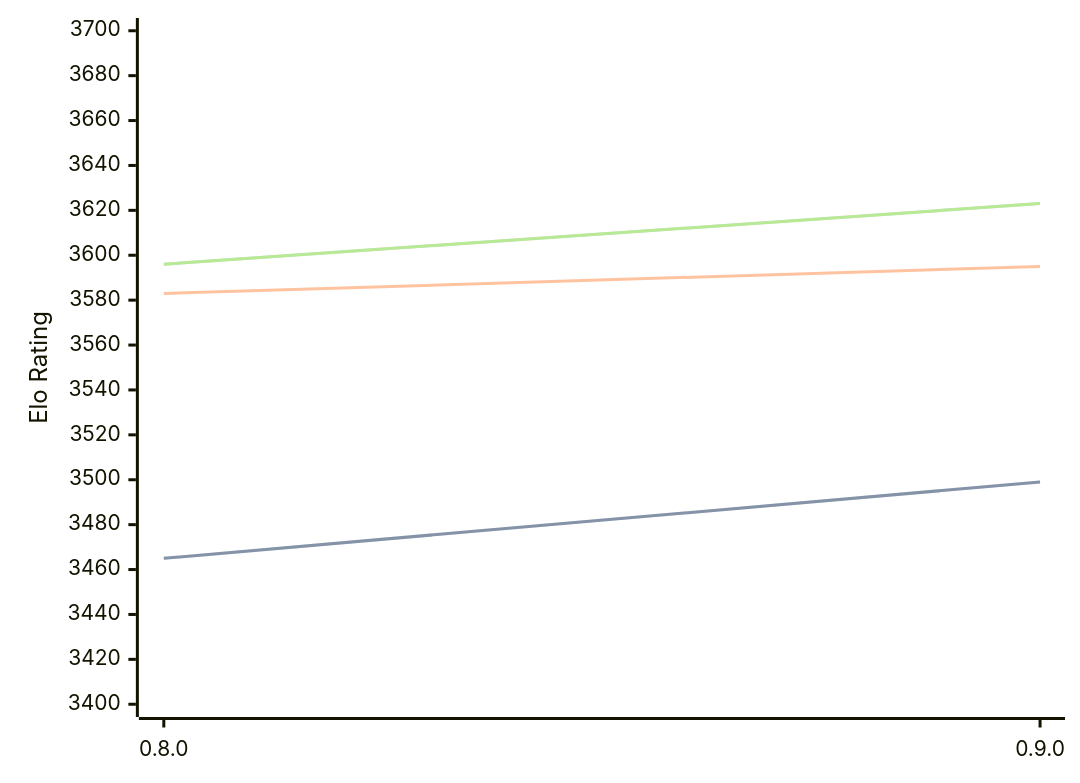
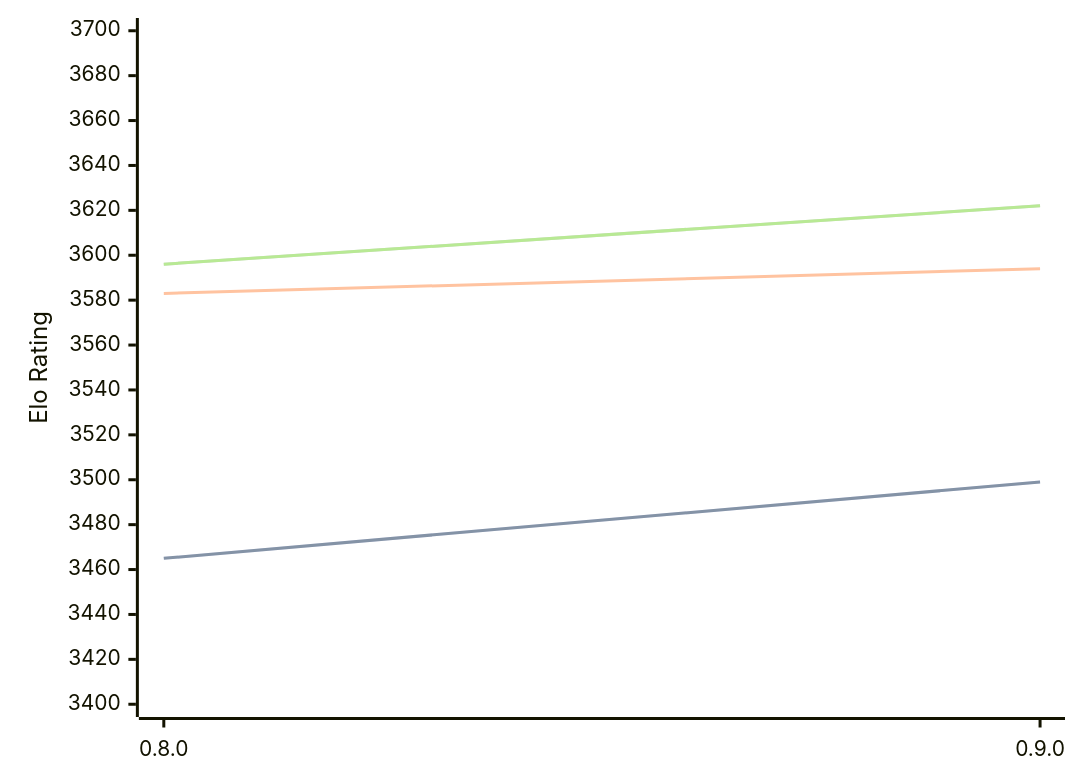
The diagram in engines/Reckless.md (computer-chess-index/cci), drawn with Mermaid before and after one commit. The commit also changed other lines of this file, not shown here.

Commit message:
Update CCI Ratings (ELO VLTC) - 2026-04-06

````diff
--- a/engines/Reckless.md
+++ b/engines/Reckless.md
@@ -39,11 +39,11 @@
 ```mermaid
 %%{init: {"theme":"base","themeVariables":{"seriesColors:['#a3a3a3','#222221','#faa371']}}}%%
 xychart-beta
   x-axis ["0.8.0", "0.9.0"]
   y-axis "Elo Rating" 3400 --> 3700
   line "STC (8.0+0.08s)" [3465, 3499]
   line "STC (8.0+0.08s)" [3465, 3499]
-  line "LTC (60.0+0.60s)" [3583, 3595]
-  line "VLTC (2m24s+1.12s)" [3596, 3623]
-  line "VLTC (2m24s+1.12s)" [3596, 3623]
+  line "LTC (60.0+0.60s)" [3583, 3594]
+  line "VLTC (2m24s+1.12s)" [3596, 3622]
+  line "VLTC (2m24s+1.12s)" [3596, 3622]
 ```
````
